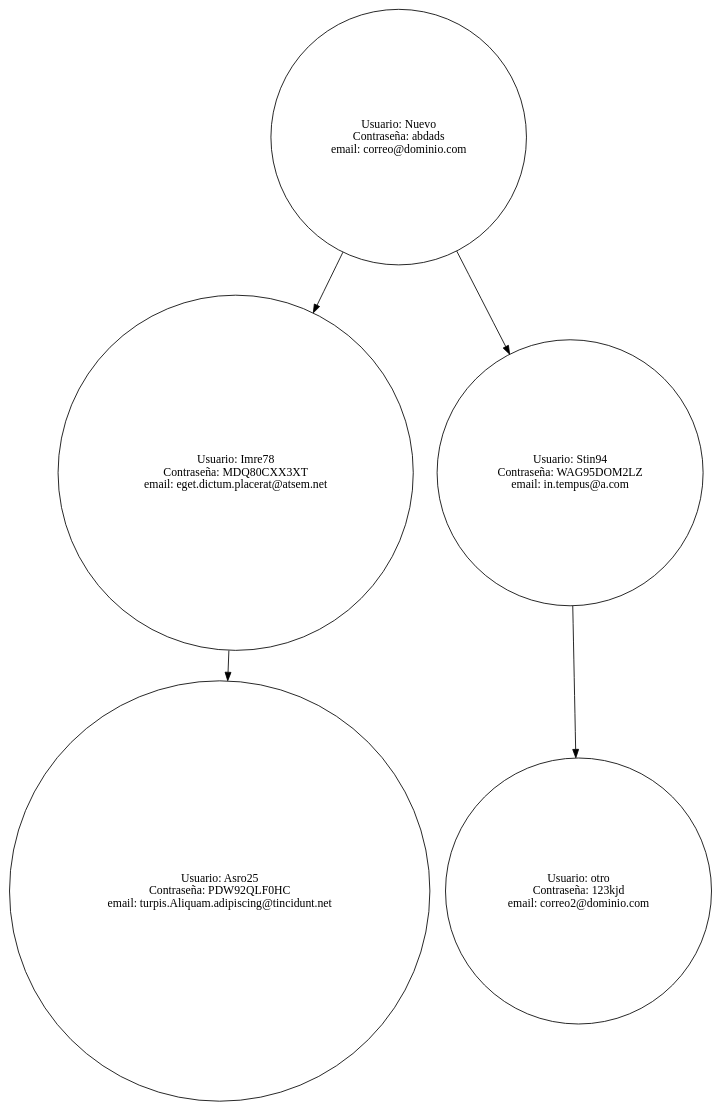
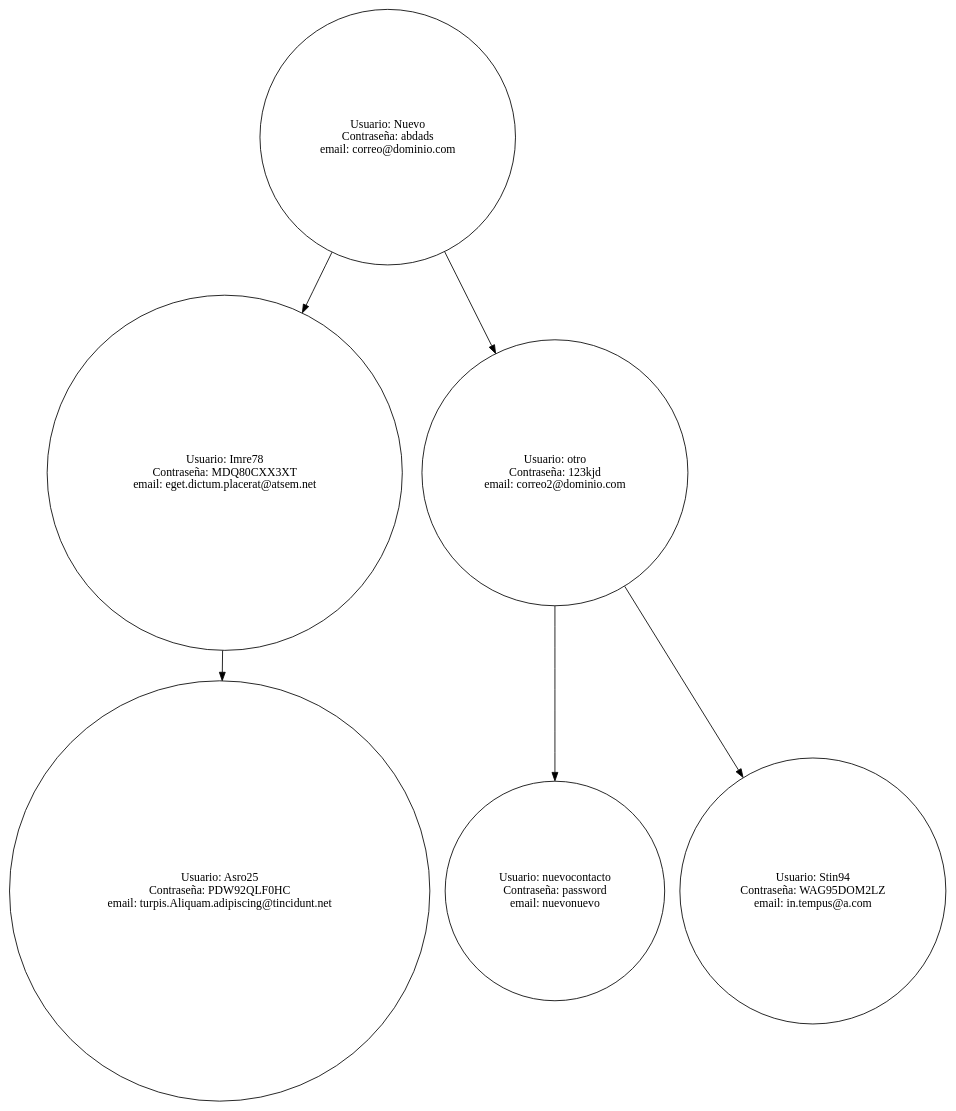
The diagram in Proyecto/ProyectServer/ProyectServer/grafos/contactos.dot (Albercharlei/EDD_200815533), drawn with Graphviz before and after one commit. The commit also changed 51 other files, not shown here.

```diff
--- a/Proyecto/ProyectServer/ProyectServer/grafos/contactos.dot
+++ b/Proyecto/ProyectServer/ProyectServer/grafos/contactos.dot
@@ -1,23 +1,27 @@
 Digraph contactos {
 Rankdir=TD
 node [shape =circle]
 Nuevo [label="Usuario: Nuevo
 Contraseña: abdads
 email: correo@dominio.com"];
 Imre78 [label="Usuario: Imre78
 Contraseña: MDQ80CXX3XT
 email: eget.dictum.placerat@atsem.net"];
 Asro25 [label="Usuario: Asro25
 Contraseña: PDW92QLF0HC
 email: turpis.Aliquam.adipiscing@tincidunt.net"];
 Imre78 -> Asro25;
 Nuevo -> Imre78;
+otro [label="Usuario: otro
+Contraseña: 123kjd
+email: correo2@dominio.com"];
+nuevocontacto [label="Usuario: nuevocontacto
+Contraseña: password
+email: nuevonuevo"];
+otro -> nuevocontacto;
 Stin94 [label="Usuario: Stin94
 Contraseña: WAG95DOM2LZ
 email: in.tempus@a.com"];
-otro [label="Usuario: otro
-Contraseña: 123kjd
-email: correo2@dominio.com"];
-Stin94 -> otro;
-Nuevo -> Stin94;
+otro -> Stin94;
+Nuevo -> otro;
 }
```
